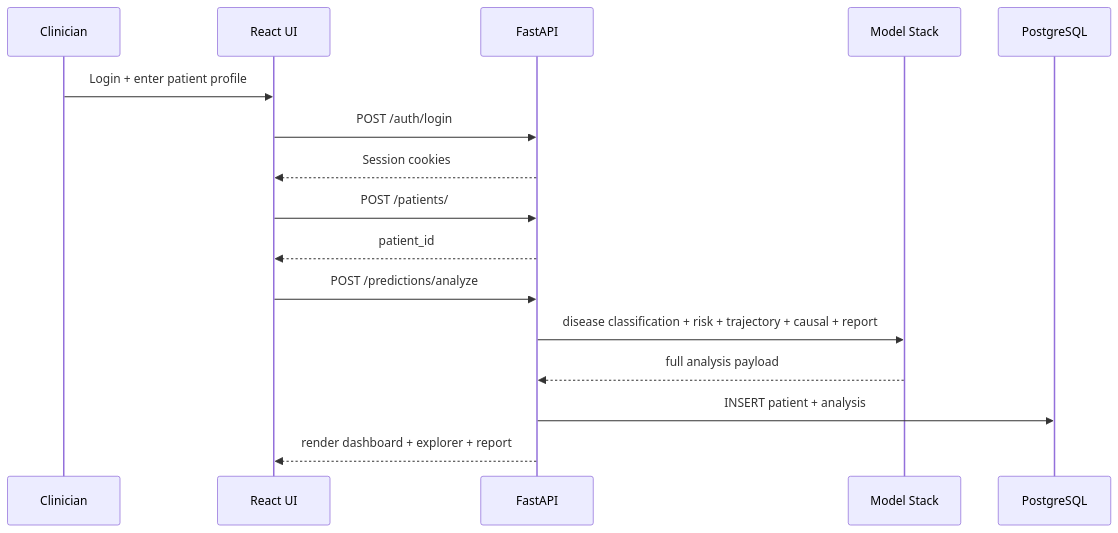
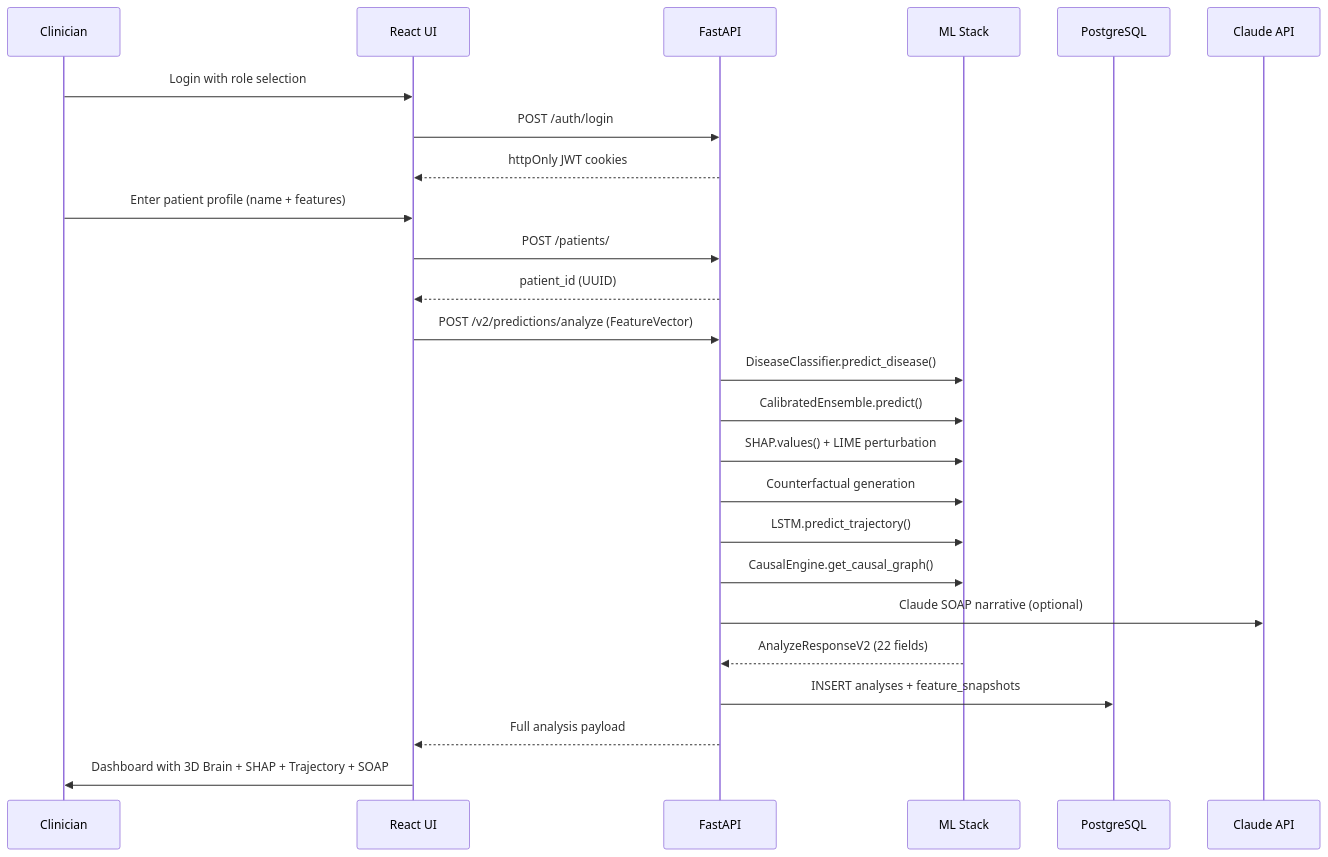
One commit to DisturbedSage5840C/NeuroSynth changed the second of 2 diagrams in README.md. Above: the diagram before and after it, drawn with Mermaid. The commit also changed other lines of this file, not shown here.

````diff
--- a/README.md
+++ b/README.md
@@ -41,19 +118,31 @@
 ```mermaid
 sequenceDiagram
-        participant C as Clinician
-        participant UI as React UI
-        participant API as FastAPI
-        participant ML as Model Stack
-        participant DB as PostgreSQL
+    participant C as Clinician
+    participant UI as React UI
+    participant API as FastAPI
+    participant ML as ML Stack
+    participant DB as PostgreSQL
+    participant LLM as Claude API
 
-        C->>UI: Login + enter patient profile
-        UI->>API: POST /auth/login
-        API-->>UI: Session cookies
-        UI->>API: POST /patients/
-        API-->>UI: patient_id
-        UI->>API: POST /predictions/analyze
-        API->>ML: disease classification + risk + trajectory + causal + report
-        ML-->>API: full analysis payload
-        API->>DB: INSERT patient + analysis
-        API-->>UI: render dashboard + explorer + report
+    C->>UI: Login with role selection
+    UI->>API: POST /auth/login
+    API-->>UI: httpOnly JWT cookies
+
+    C->>UI: Enter patient profile (name + features)
+    UI->>API: POST /patients/
+    API-->>UI: patient_id (UUID)
+
+    UI->>API: POST /v2/predictions/analyze (FeatureVector)
+    API->>ML: DiseaseClassifier.predict_disease()
+    API->>ML: CalibratedEnsemble.predict()
+    API->>ML: SHAP.values() + LIME perturbation
+    API->>ML: Counterfactual generation
+    API->>ML: LSTM.predict_trajectory()
+    API->>ML: CausalEngine.get_causal_graph()
+    API->>LLM: Claude SOAP narrative (optional)
+    ML-->>API: AnalyzeResponseV2 (22 fields)
+    API->>DB: INSERT analyses + feature_snapshots
+    API-->>UI: Full analysis payload
+
+    UI->>C: Dashboard with 3D Brain + SHAP + Trajectory + SOAP
 ```
````
